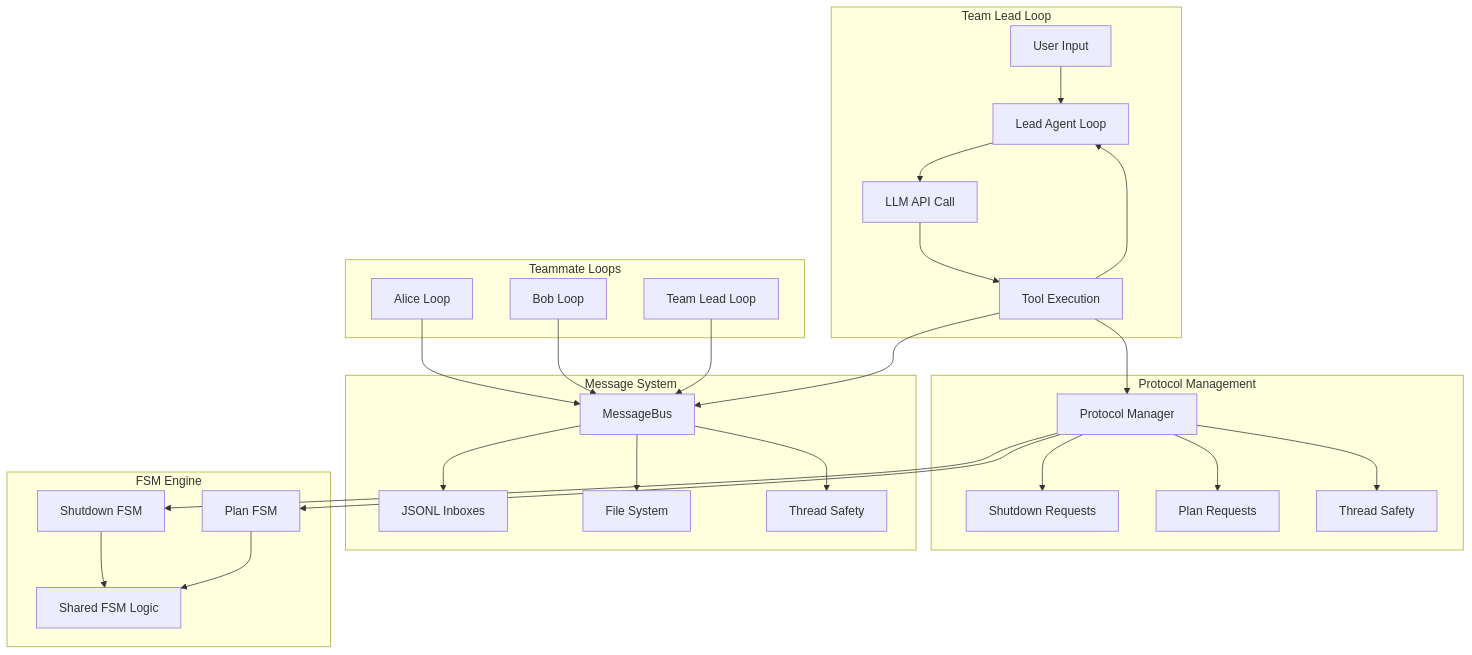
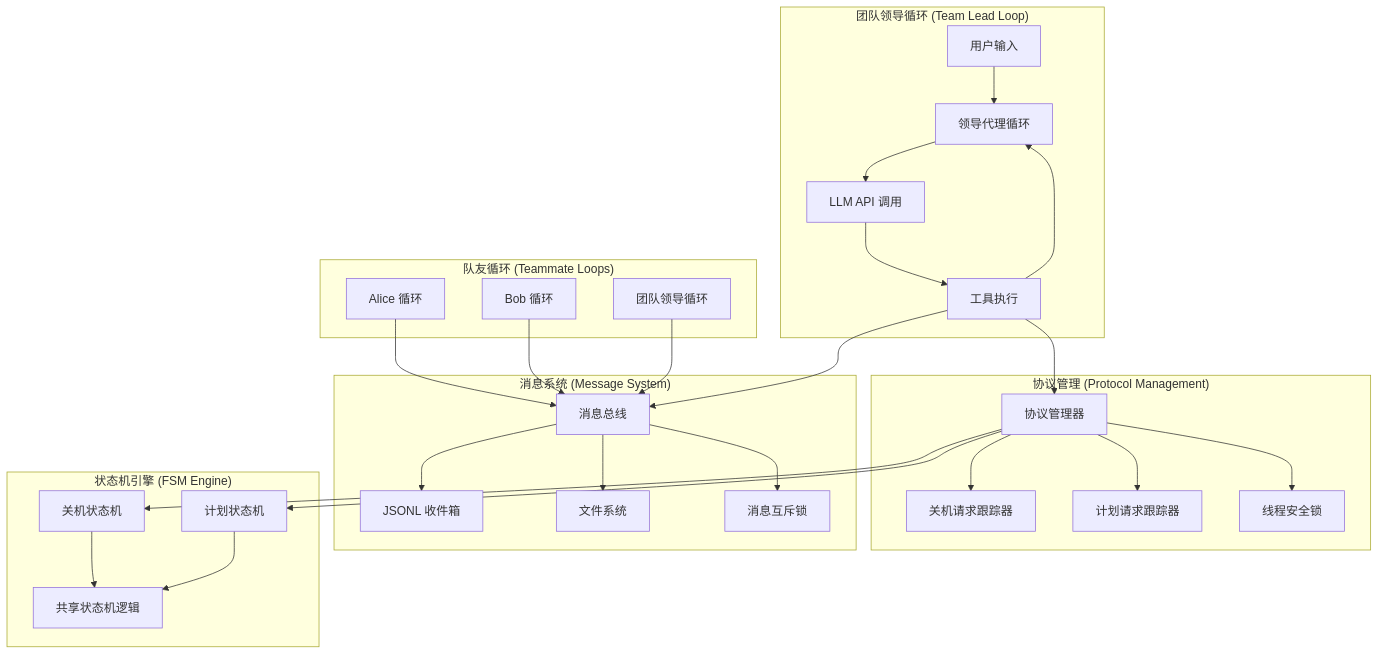
The first of 9 diagrams in s10/s10-team-protocols.md (duzhenxun/ai-agent-study), drawn with Mermaid before and after one commit. The commit also changed other lines of this file and 2 other files, not shown here.

````diff
--- a/s10/s10-team-protocols.md
+++ b/s10/s10-team-protocols.md
@@ -162,40 +162,40 @@
 ```mermaid
 graph TB
-    subgraph "Team Lead Loop"
-        User[User Input] --> LeadLoop[Lead Agent Loop]
-        LeadLoop --> LLMCall[LLM API Call]
-        LLMCall --> ToolExec[Tool Execution]
+    subgraph "团队领导循环 (Team Lead Loop)"
+        User[用户输入] --> LeadLoop[领导代理循环]
+        LeadLoop --> LLMCall[LLM API 调用]
+        LLMCall --> ToolExec[工具执行]
         ToolExec --> LeadLoop
     end
 
-    subgraph "Protocol Management"
-        ProtocolMgr[Protocol Manager] --> ShutdownTracker[Shutdown Requests]
-        ProtocolMgr --> PlanTracker[Plan Requests]
-        ProtocolMgr --> TrackerLock[Thread Safety]
+    subgraph "协议管理 (Protocol Management)"
+        ProtocolMgr[协议管理器] --> ShutdownTracker[关机请求跟踪器]
+        ProtocolMgr --> PlanTracker[计划请求跟踪器]
+        ProtocolMgr --> TrackerLock[线程安全锁]
     end
 
-    subgraph "Message System"
-        MsgBus[MessageBus] --> Inboxes[JSONL Inboxes]
-        MsgBus --> Files[File System]
-        MsgBus --> MsgMutex[Thread Safety]
+    subgraph "消息系统 (Message System)"
+        MsgBus[消息总线] --> Inboxes[JSONL 收件箱]
+        MsgBus --> Files[文件系统]
+        MsgBus --> MsgMutex[消息互斥锁]
     end
 
-    subgraph "FSM Engine"
-        ShutdownFSM[Shutdown FSM]
-        PlanFSM[Plan FSM]
-        SharedFSM[Shared FSM Logic]
+    subgraph "状态机引擎 (FSM Engine)"
+        ShutdownFSM[关机状态机]
+        PlanFSM[计划状态机]
+        SharedFSM[共享状态机逻辑]
     end
 
-    subgraph "Teammate Loops"
-        Alice[Alice Loop] --> MsgBus
-        Bob[Bob Loop] --> MsgBus
-        TeamLead[Team Lead Loop] --> MsgBus
+    subgraph "队友循环 (Teammate Loops)"
+        Alice[Alice 循环] --> MsgBus
+        Bob[Bob 循环] --> MsgBus
+        TeamLead[团队领导循环] --> MsgBus
     end
 
     ToolExec --> ProtocolMgr
     ToolExec --> MsgBus
     ProtocolMgr --> ShutdownFSM
     ProtocolMgr --> PlanFSM
     ShutdownFSM --> SharedFSM
     PlanFSM --> SharedFSM
 ```
````
